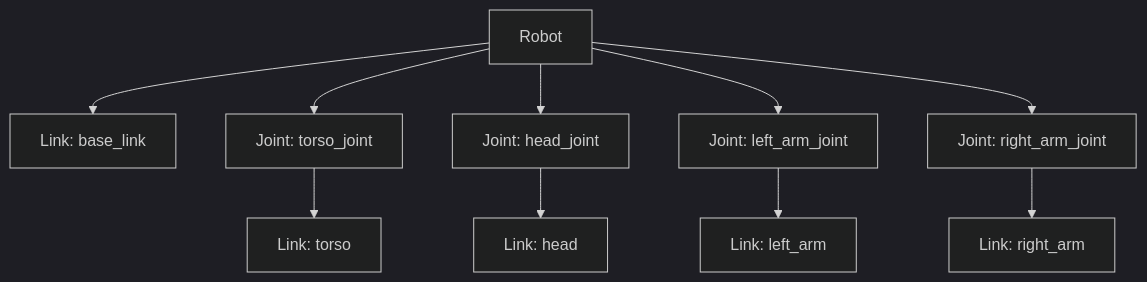
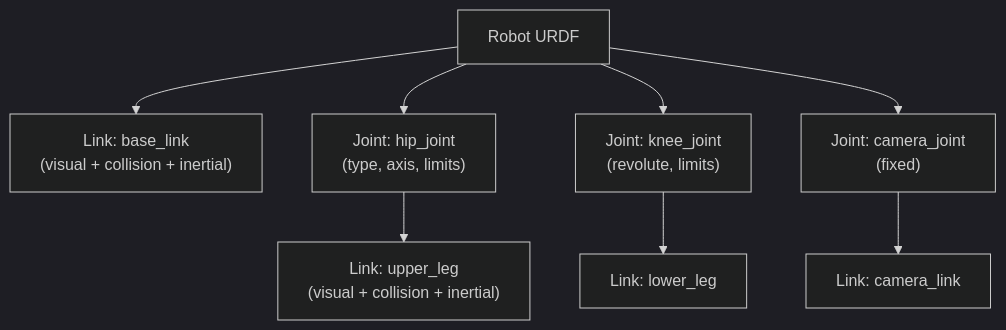
Before and after one commit to Irshadulhaqai/Physical-AI-Humanoid-Robotics-Textbook: the first of 2 diagrams in my-website/docs/module-1/urdf-basics.md, drawn with Mermaid (dark theme). The commit also changed other lines of this file and 24 other files, not shown here.

````diff
--- a/my-website/docs/module-1/urdf-basics.md
+++ b/my-website/docs/module-1/urdf-basics.md
@@ -36,12 +38,10 @@
 ```mermaid
 flowchart TB
-    A[Robot] --> B[Link: base_link]
-    A --> C[Joint: torso_joint]
-    C --> D[Link: torso]
-    A --> E[Joint: head_joint]
-    E --> F[Link: head]
-    A --> G[Joint: left_arm_joint]
-    G --> H[Link: left_arm]
-    A --> I[Joint: right_arm_joint]
-    I --> J[Link: right_arm]
+    A[Robot URDF] --> B["Link: base_link<br/>(visual + collision + inertial)"]
+    A --> C["Joint: hip_joint<br/>(type, axis, limits)"]
+    C --> D["Link: upper_leg<br/>(visual + collision + inertial)"]
+    A --> E["Joint: knee_joint<br/>(revolute, limits)"]
+    E --> F["Link: lower_leg"]
+    A --> G["Joint: camera_joint<br/>(fixed)"]
+    G --> H["Link: camera_link"]
 ```
````
